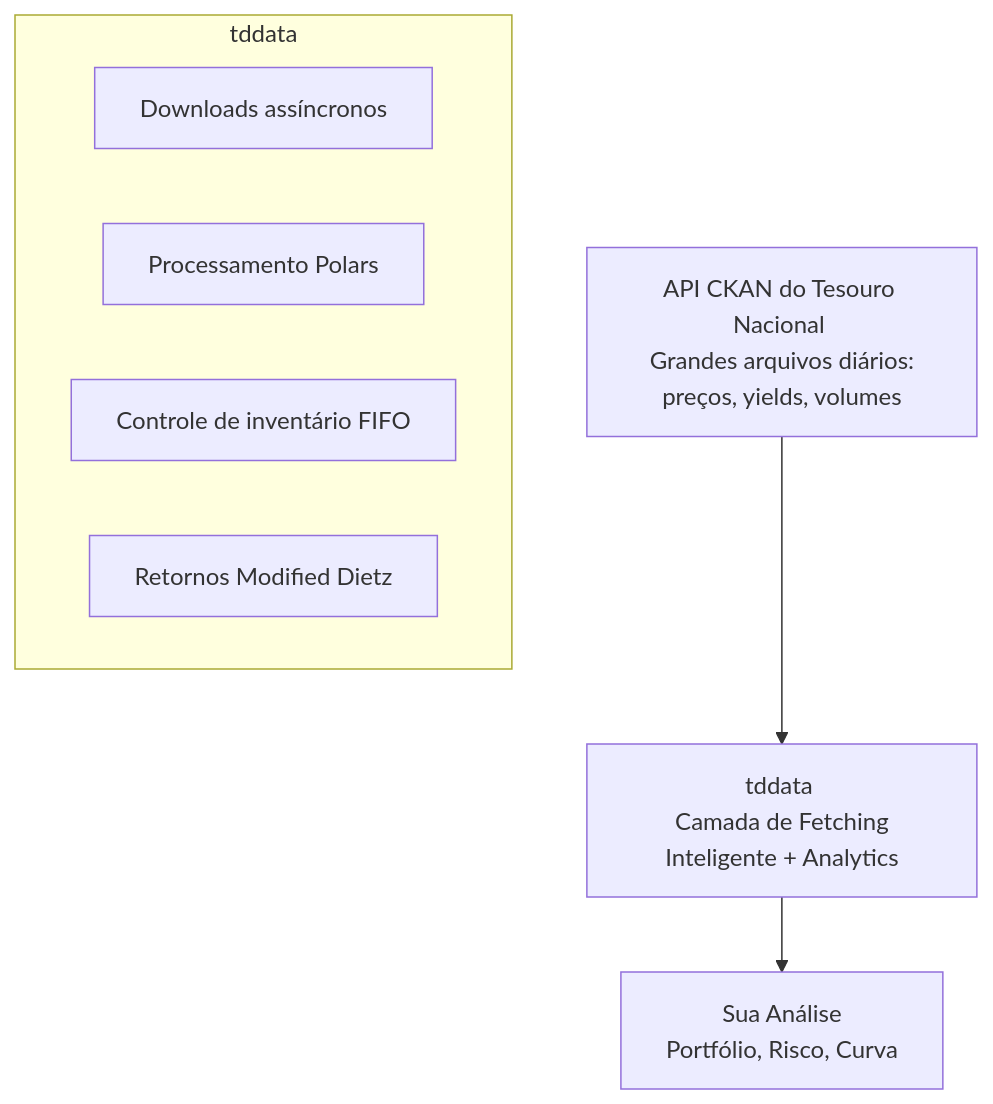
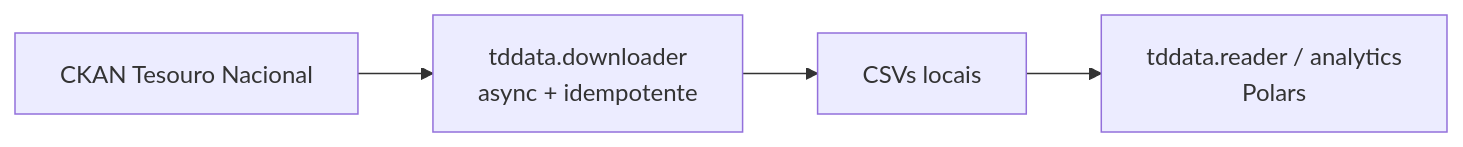
The first of 2 diagrams in docs/tesouro/index.md (Quantilica/docs), drawn with Mermaid before and after one commit. The commit also changed other lines of this file and 17 other files, not shown here.

````diff
--- a/docs/tesouro/index.md
+++ b/docs/tesouro/index.md
@@ -23,13 +26,6 @@
 ```mermaid
-graph TD
-    A[API CKAN do Tesouro Nacional <br/> Grandes arquivos diários: preços, yields, volumes] --> B[tddata <br/> Camada de Fetching Inteligente + Analytics]
-    
-    subgraph tddata
-        B1[Downloads assíncronos]
-        B2[Processamento Polars]
-        B3[Controle de inventário FIFO]
-        B4[Retornos Modified Dietz]
-    end
-    
-    B --> C[Sua Análise <br/> Portfólio, Risco, Curva]
+graph LR
+    A[CKAN Tesouro Nacional] --> B[tddata.downloader<br/>async + idempotente]
+    B --> C[CSVs locais]
+    C --> D[tddata.reader / analytics<br/>Polars]
 ```
````
